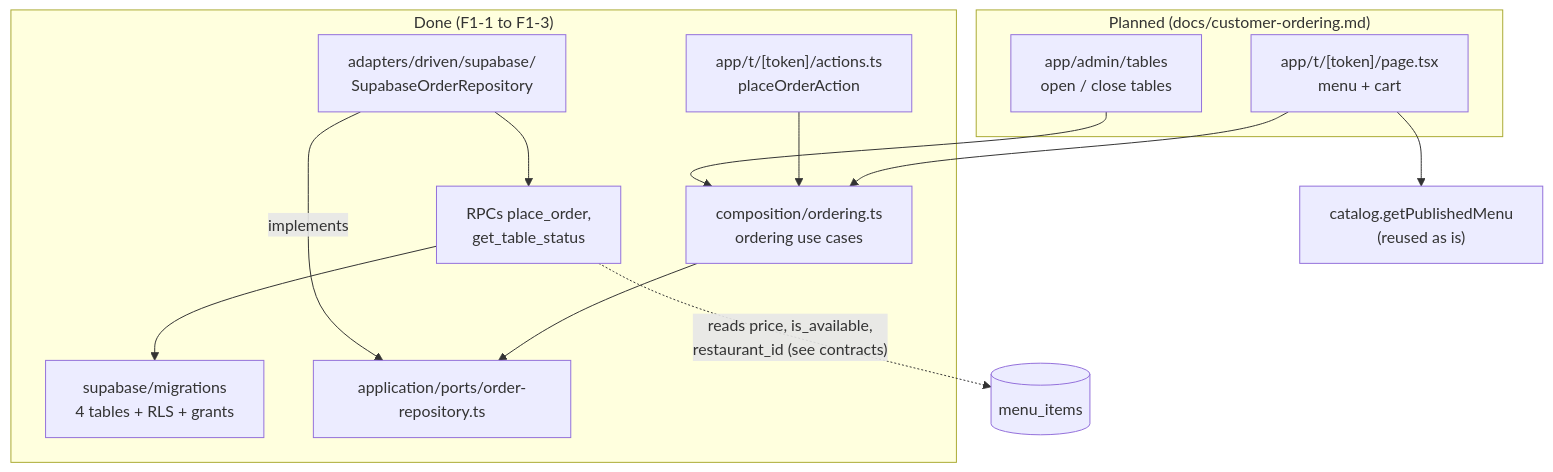
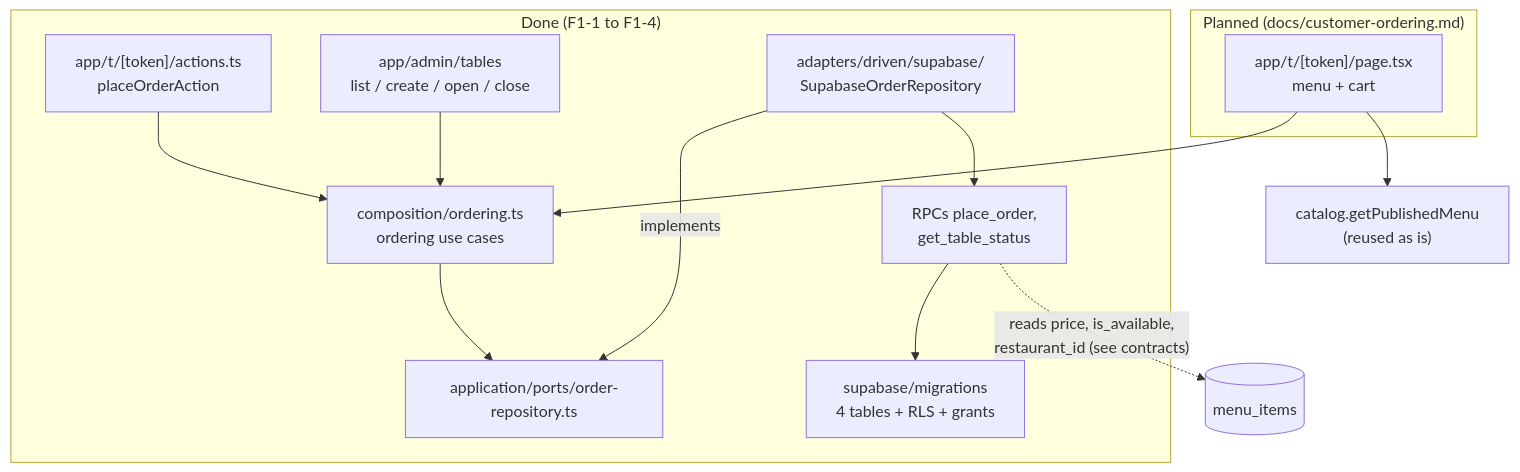
Before and after one commit to theofernandezz/digital-menu: the fifth of 5 diagrams in docs/architecture-map.md, drawn with Mermaid. The commit also changed other lines of this file and 3 other files, not shown here.

````diff
--- a/docs/architecture-map.md
+++ b/docs/architecture-map.md
@@ -135,28 +135,28 @@
 ```mermaid
 flowchart TB
-  subgraph done["Done (F1-1 to F1-3)"]
+  subgraph done["Done (F1-1 to F1-4)"]
     schema["supabase/migrations<br/>4 tables + RLS + grants"]
     rpc["RPCs place_order,<br/>get_table_status"]
     action["app/t/[token]/actions.ts<br/>placeOrderAction"]
+    admin["app/admin/tables<br/>list / create / open / close"]
     ord["composition/ordering.ts<br/>ordering use cases"]
     port["application/ports/order-repository.ts"]
     adapter["adapters/driven/supabase/<br/>SupabaseOrderRepository"]
   end
 
   subgraph planned["Planned (docs/customer-ordering.md)"]
     page["app/t/[token]/page.tsx<br/>menu + cart"]
-    admin["app/admin/tables<br/>open / close tables"]
   end
 
   cat["catalog.getPublishedMenu<br/>(reused as is)"]
 
   page --> ord
   page --> cat
   action --> ord
   admin --> ord
   ord --> port
   adapter -- implements --> port
   adapter --> rpc
   rpc --> schema
   rpc -. "reads price, is_available,<br/>restaurant_id (see contracts)" .-> menu[("menu_items")]
 ```
````
